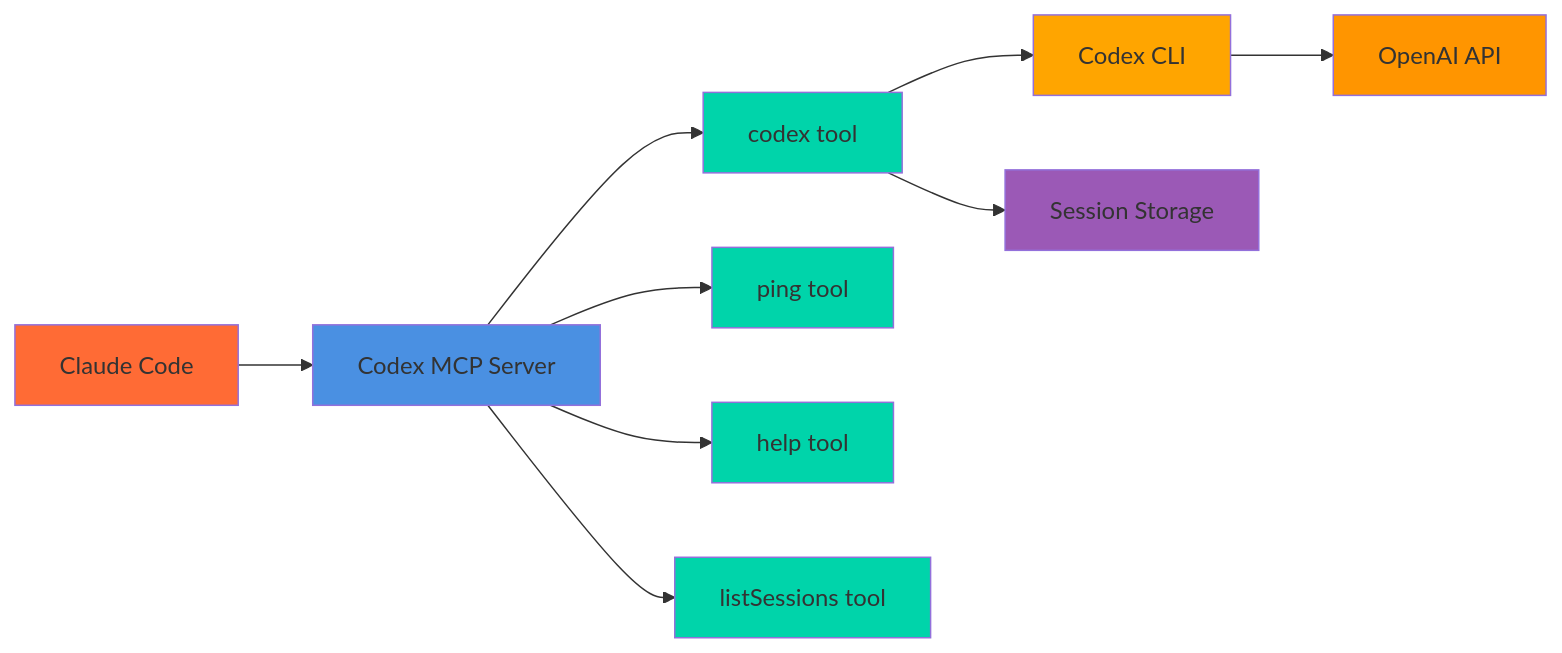
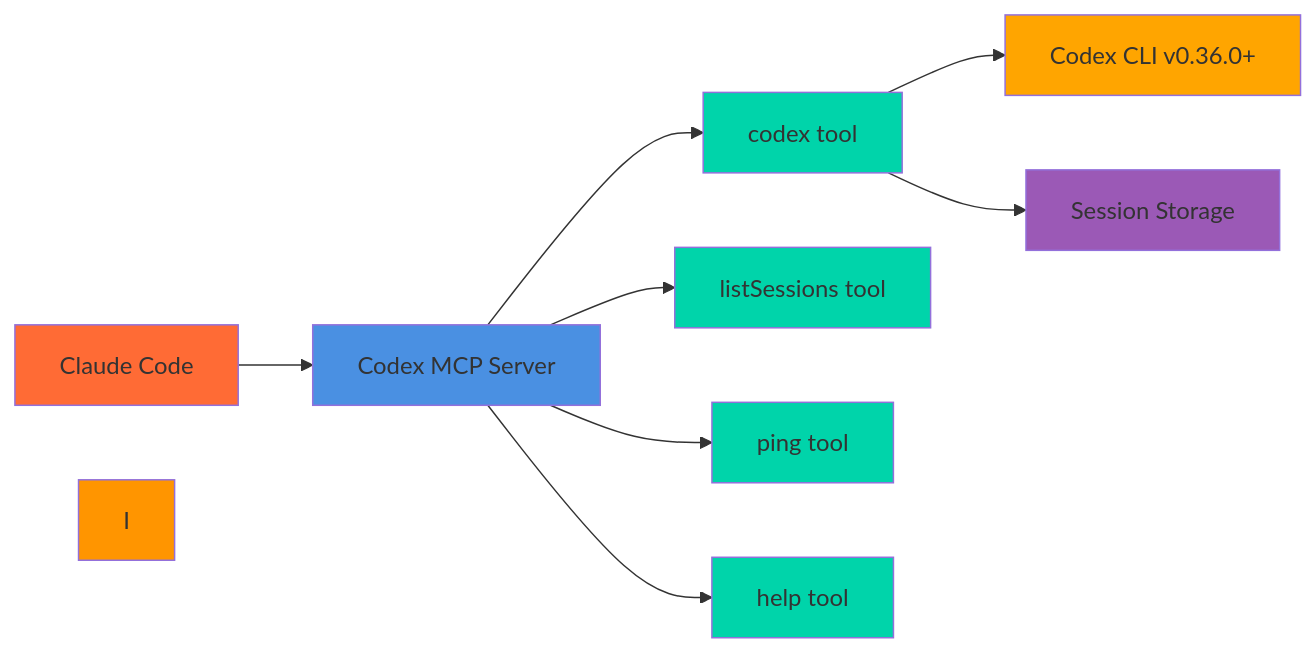
One commit to tuannvm/codex-mcp-server changed the diagram in README.md. Above: the diagram before and after it, drawn with Mermaid.

Commit message:
docs(README): Reorder tool links for clarity

````diff
--- a/README.md
+++ b/README.md
@@ -5,23 +5,22 @@
 ```mermaid
 graph LR
     A[Claude Code] --> B[Codex MCP Server]
 
     B --> C[codex tool]
-    B --> D[ping tool]
-    B --> E[help tool]
-    B --> F[listSessions tool]
+    B --> D[listSessions tool]
+    B --> E[ping tool]
+    B --> F[help tool]
 
-    C --> G[Codex CLI]
+    C --> G[Codex CLI v0.36.0+]
     C --> H[Session Storage]
-    G --> I[OpenAI API]
 
     style A fill:#FF6B35
     style B fill:#4A90E2
     style C fill:#00D4AA
     style D fill:#00D4AA
     style E fill:#00D4AA
     style F fill:#00D4AA
     style G fill:#FFA500
     style H fill:#9B59B6
     style I fill:#FF9500
 ```
````
